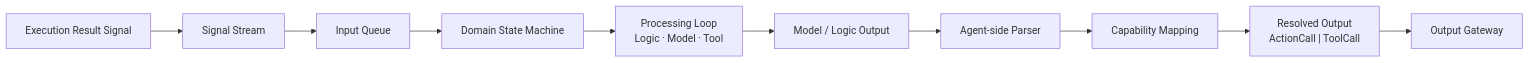
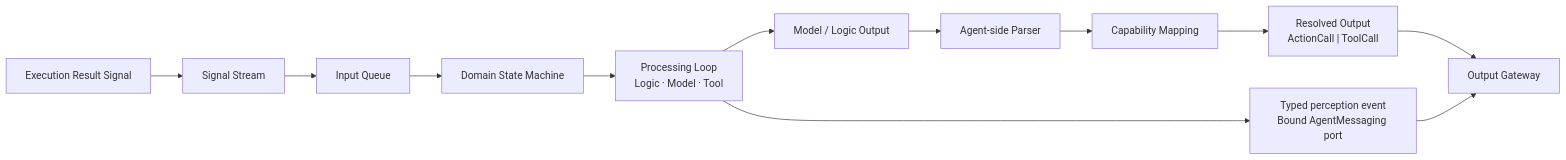
The third of 9 diagrams in MobileHarness/README.md (devilyouwei/MobileHarness), drawn with Mermaid before and after one commit. The commit also changed other lines of this file and 63 other files, not shown here.

````diff
--- a/MobileHarness/README.md
+++ b/MobileHarness/README.md
@@ -154,21 +190,24 @@
 ```mermaid
 flowchart LR
 
     INPUT["Signal Stream"] --> QUEUE["Input Queue"]
 
     QUEUE --> STATE["Domain State Machine"]
 
     STATE --> PROCESS["Processing Loop<br/>Logic · Model · Tool"]
 
     PROCESS --> GENERATE["Model / Logic Output"]
 
     GENERATE --> PARSE["Agent-side Parser"]
 
     PARSE --> MAP["Capability Mapping"]
 
     MAP --> OUTPUT["Resolved Output<br/>ActionCall | ToolCall"]
 
     OUTPUT --> GATEWAY["Output Gateway"]
 
+    PROCESS --> EVENT["Typed perception event<br/>Bound AgentMessaging port"]
+    EVENT --> GATEWAY
+
     RESULT["Execution Result Signal"] --> INPUT
 ```
````
